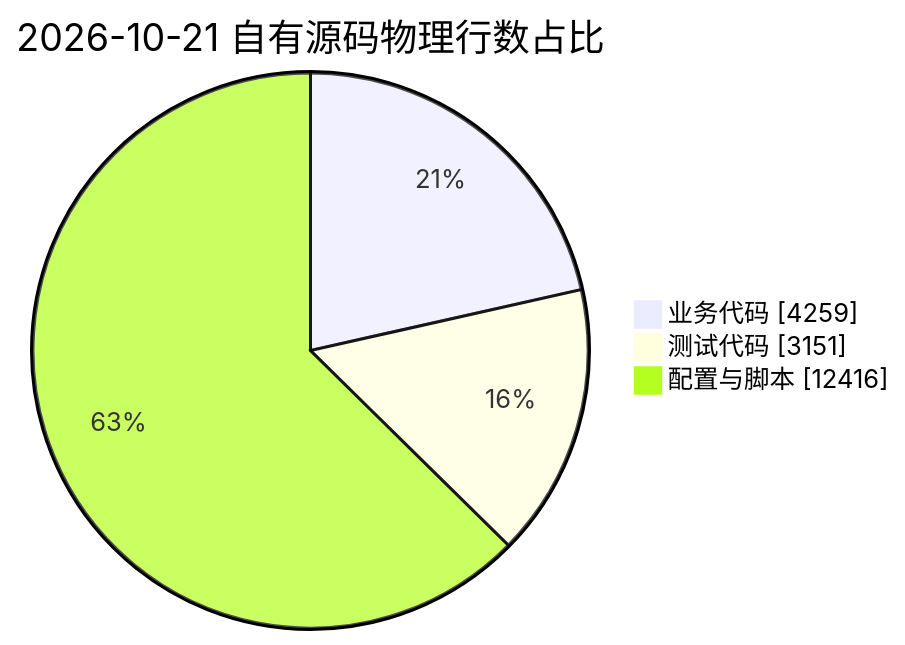
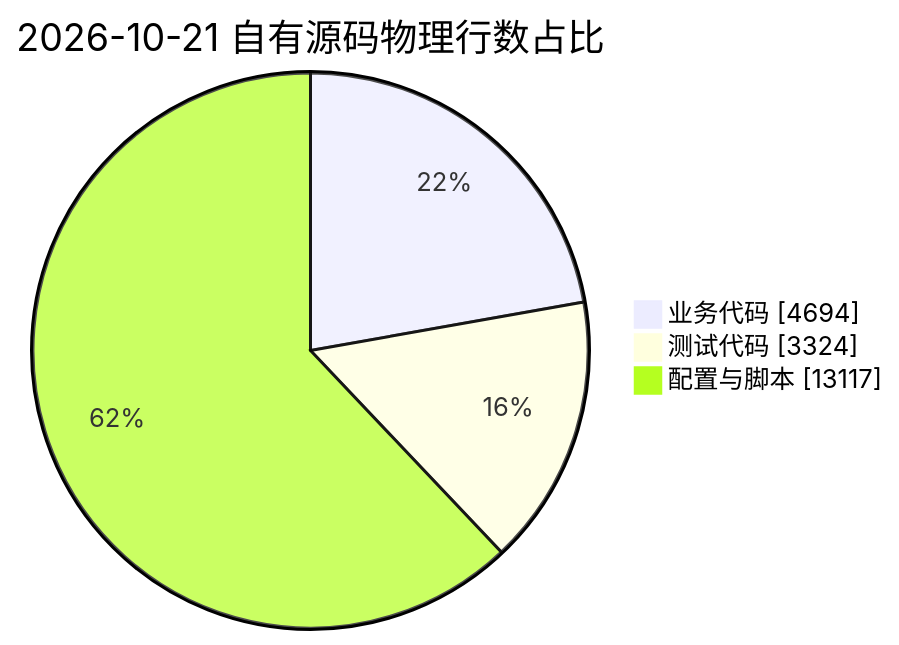
One commit to JobsKits/WindowsOS_Extension changed the third of 3 diagrams in README.md. Above: the diagram before and after it, drawn with Mermaid. The commit also changed other lines of this file and 30 other files, not shown here.

````diff
--- a/README.md
+++ b/README.md
@@ -551,7 +558,7 @@
 ```mermaid
 pie showData
     title 2026-10-21 自有源码物理行数占比
-    "业务代码" : 4259
-    "测试代码" : 3151
-    "配置与脚本" : 12416
+    "业务代码" : 4694
+    "测试代码" : 3324
+    "配置与脚本" : 13117
 ```
````
